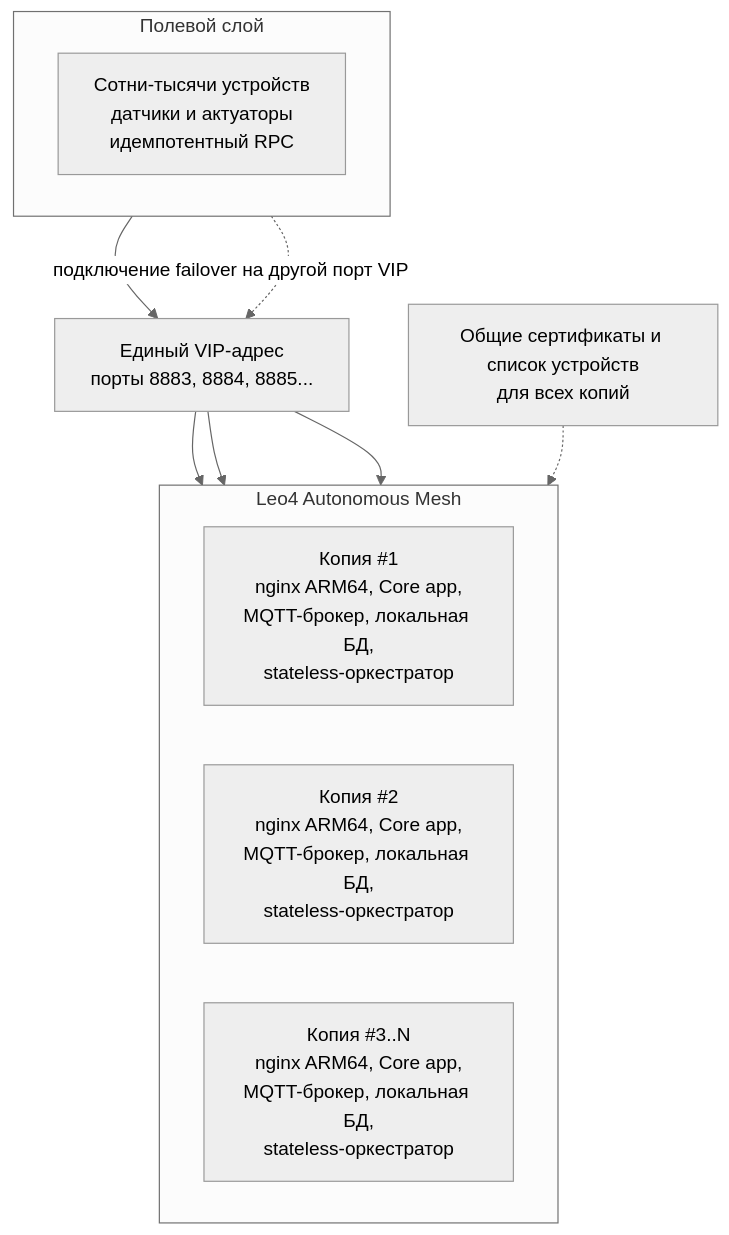
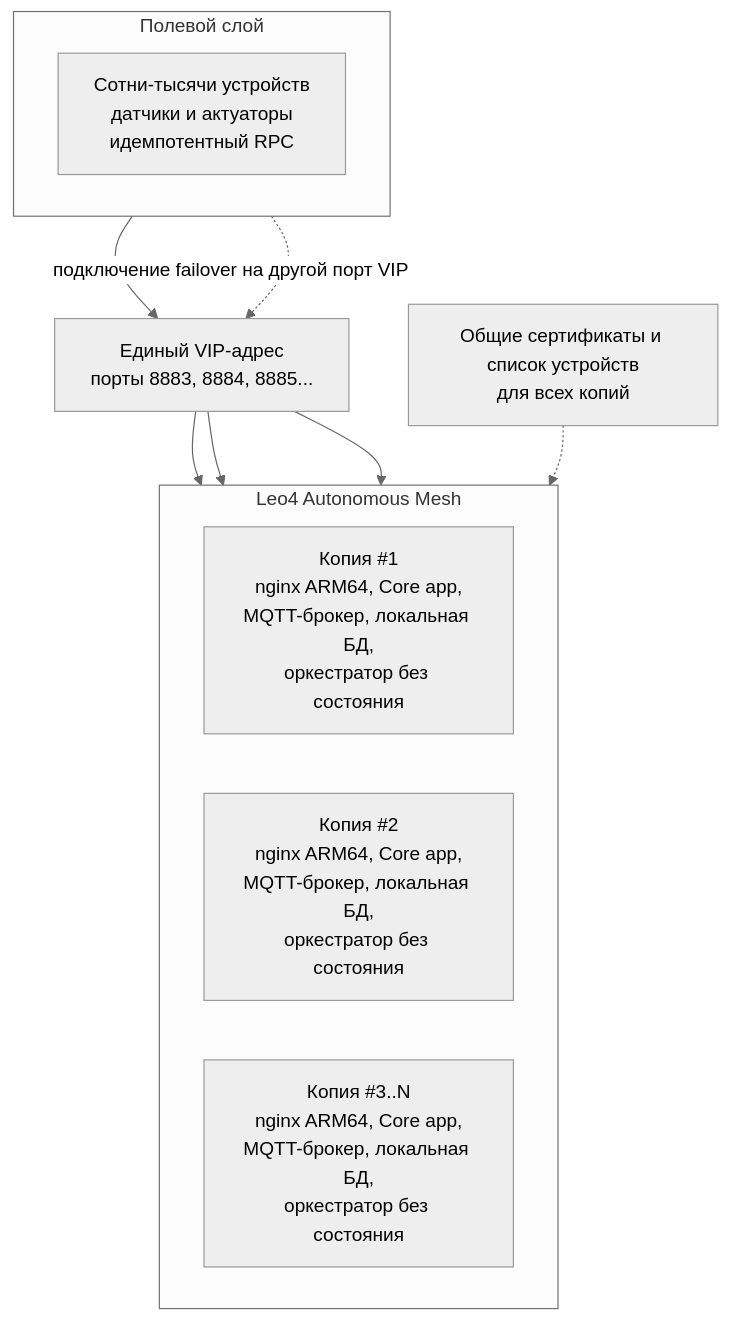
Before and after one commit to OlegLebedevRU/iot-rpc-rest-app: the sixth of 6 diagrams in README.md, drawn with Mermaid (neutral theme). The commit also changed other lines of this file and 1 other file, not shown here.

Commit message:
docs: clarify mesh constraints and terminology

````diff
--- a/README.md
+++ b/README.md
@@ -319,24 +320,24 @@
 ```mermaid
 flowchart TB
     subgraph FIELD["Полевой слой"]
         direction LR
         D["Сотни-тысячи устройств<br/>датчики и актуаторы<br/>идемпотентный RPC"]
     end
 
     VIP["Единый VIP-адрес<br/>порты 8883, 8884, 8885..."]
     CERT["Общие сертификаты и список устройств<br/>для всех копий"]
 
     subgraph MESH["Leo4 Autonomous Mesh"]
         direction LR
-        N1["Копия #1<br/>nginx ARM64, Core app,<br/>MQTT-брокер, локальная БД,<br/>stateless-оркестратор"]
-        N2["Копия #2<br/>nginx ARM64, Core app,<br/>MQTT-брокер, локальная БД,<br/>stateless-оркестратор"]
-        N3["Копия #3..N<br/>nginx ARM64, Core app,<br/>MQTT-брокер, локальная БД,<br/>stateless-оркестратор"]
+        N1["Копия #1<br/>nginx ARM64, Core app,<br/>MQTT-брокер, локальная БД,<br/>оркестратор без состояния"]
+        N2["Копия #2<br/>nginx ARM64, Core app,<br/>MQTT-брокер, локальная БД,<br/>оркестратор без состояния"]
+        N3["Копия #3..N<br/>nginx ARM64, Core app,<br/>MQTT-брокер, локальная БД,<br/>оркестратор без состояния"]
     end
 
     D -->|"подключение"| VIP
     VIP --> N1
     VIP --> N2
     VIP --> N3
     D -. "failover на другой порт VIP" .-> VIP
     CERT -.-> MESH
 ```
````
